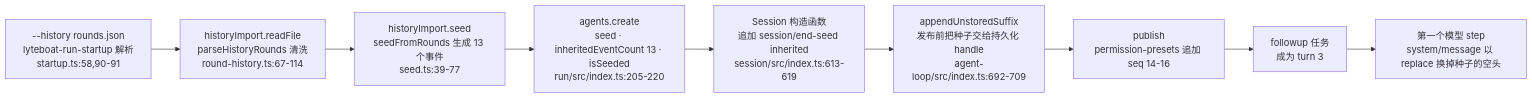
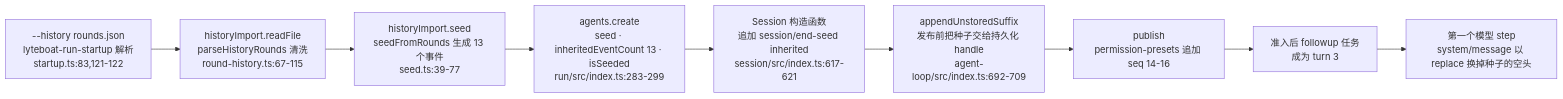
One commit to lyteboat/boat changed diagram 11 of 11 in docs/01-architecture.md. Above: the diagram before and after it, drawn with Mermaid. The commit also changed other lines of this file and 5 other files, not shown here.

````diff
--- a/docs/01-architecture.md
+++ b/docs/01-architecture.md
@@ -988,11 +1203,11 @@
 ```mermaid
 flowchart LR
-  arg["--history rounds.json<br/>lyteboat-run-startup 解析<br/>startup.ts:58,90-91"] --> rf["historyImport.readFile<br/>parseHistoryRounds 清洗<br/>round-history.ts:67-114"]
+  arg["--history rounds.json<br/>lyteboat-run-startup 解析<br/>startup.ts:83,121-122"] --> rf["historyImport.readFile<br/>parseHistoryRounds 清洗<br/>round-history.ts:67-115"]
   rf --> sd["historyImport.seed<br/>seedFromRounds 生成 13 个事件<br/>seed.ts:39-77"]
-  sd --> cr["agents.create<br/>seed · inheritedEventCount 13 · isSeeded<br/>run/src/index.ts:205-220"]
-  cr --> es["Session 构造函数<br/>追加 session/end-seed inherited<br/>session/src/index.ts:613-619"]
+  sd --> cr["agents.create<br/>seed · inheritedEventCount 13 · isSeeded<br/>run/src/index.ts:283-299"]
+  cr --> es["Session 构造函数<br/>追加 session/end-seed inherited<br/>session/src/index.ts:617-621"]
   es --> st["appendUnstoredSuffix<br/>发布前把种子交给持久化 handle<br/>agent-loop/src/index.ts:692-709"]
   st --> pub["publish<br/>permission-presets 追加 seq 14-16"]
-  pub --> task["followup 任务<br/>成为 turn 3"]
+  pub --> task["准入后 followup 任务<br/>成为 turn 3"]
   task --> rep["第一个模型 step<br/>system/message 以 replace 换掉种子的空头"]
 ```
````
